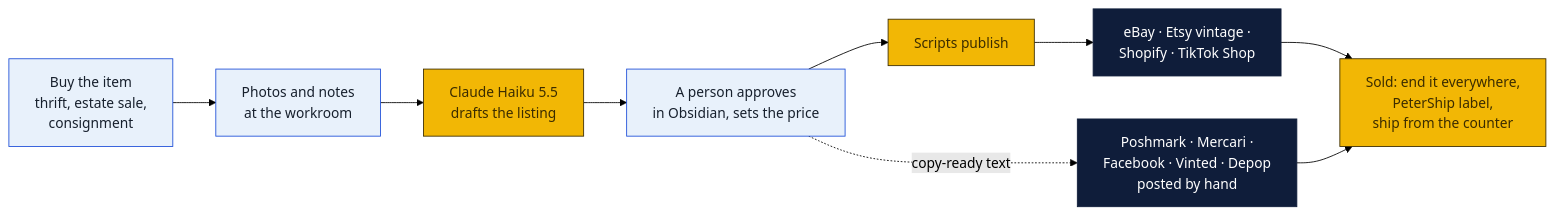
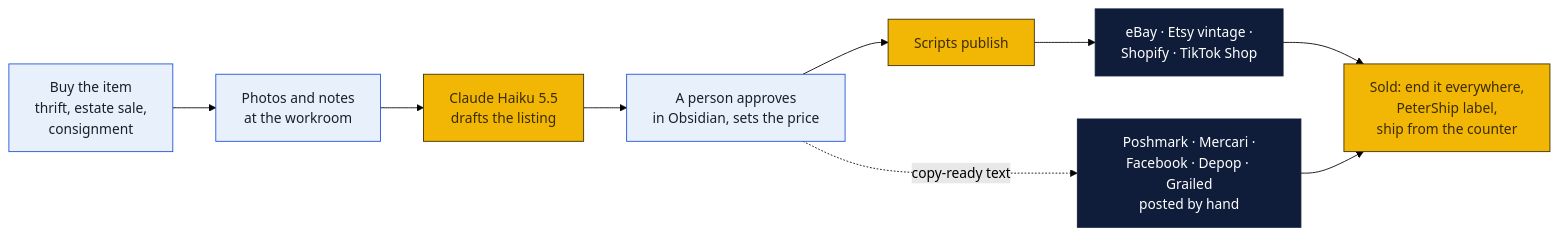
Before and after one commit to wbp318/goin-postal-forsythe: the first of 14 diagrams in monetization/resale-macmini/README.md, drawn with Mermaid (forest theme). The commit also changed other lines of this file and 8 other files, not shown here.

````diff
--- a/monetization/resale-macmini/README.md
+++ b/monetization/resale-macmini/README.md
@@ -59,14 +59,14 @@
 ```mermaid
 flowchart LR
   B["Buy the item<br/>thrift, estate sale,<br/>consignment"]:::you --> P["Photos and notes<br/>at the workroom"]:::you
   P --> C["Claude Haiku 5.5<br/>drafts the listing"]:::local
   C --> A["A person approves<br/>in Obsidian, sets the price"]:::you
   A --> S["Scripts publish"]:::local
   S --> E["eBay · Etsy vintage ·<br/>Shopify · TikTok Shop"]:::cloud
-  A -.->|"copy-ready text"| M["Poshmark · Mercari ·<br/>Facebook · Vinted · Depop<br/>posted by hand"]:::cloud
+  A -.->|"copy-ready text"| M["Poshmark · Mercari ·<br/>Facebook · Depop · Grailed<br/>posted by hand"]:::cloud
   E --> SOLD["Sold: end it everywhere,<br/>PeterShip label,<br/>ship from the counter"]:::local
   M --> SOLD
   classDef local fill:#f2b705,stroke:#3b2c00,color:#3b2c00
   classDef cloud fill:#0f1d3a,stroke:#0f1d3a,color:#ffffff
   classDef you fill:#e8f1fb,stroke:#1d4ed8,color:#17202d
 ```
````
